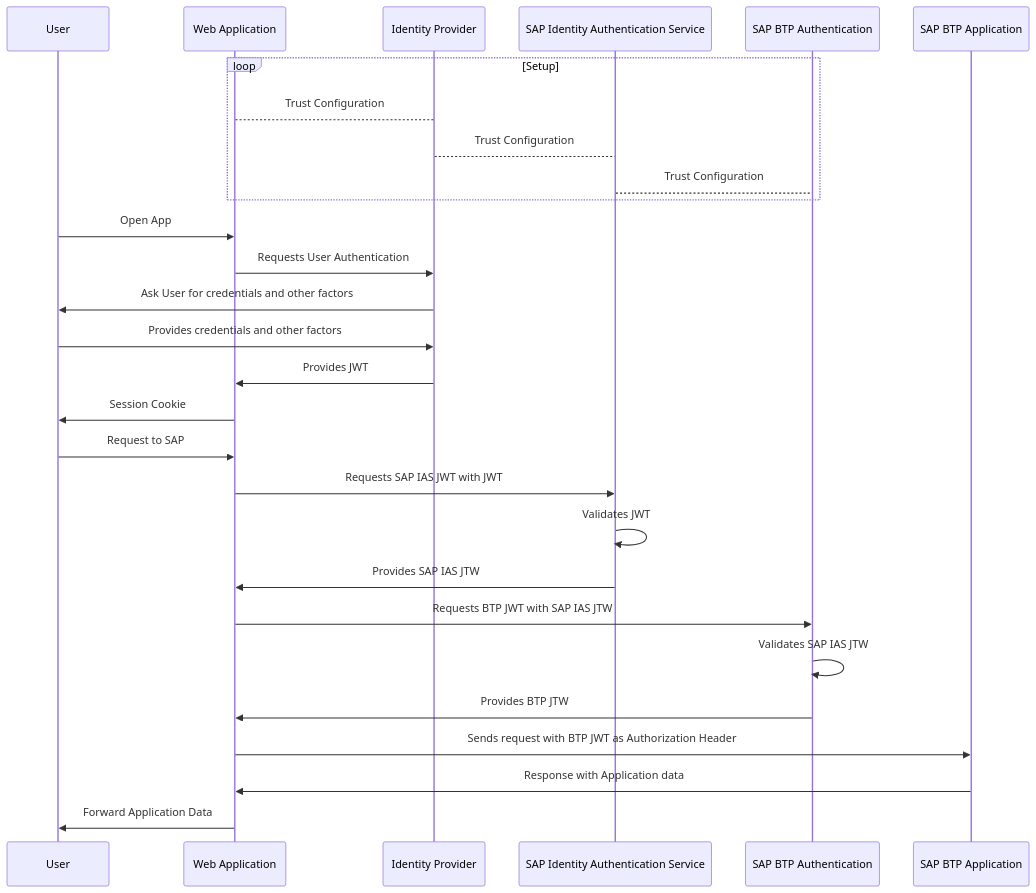
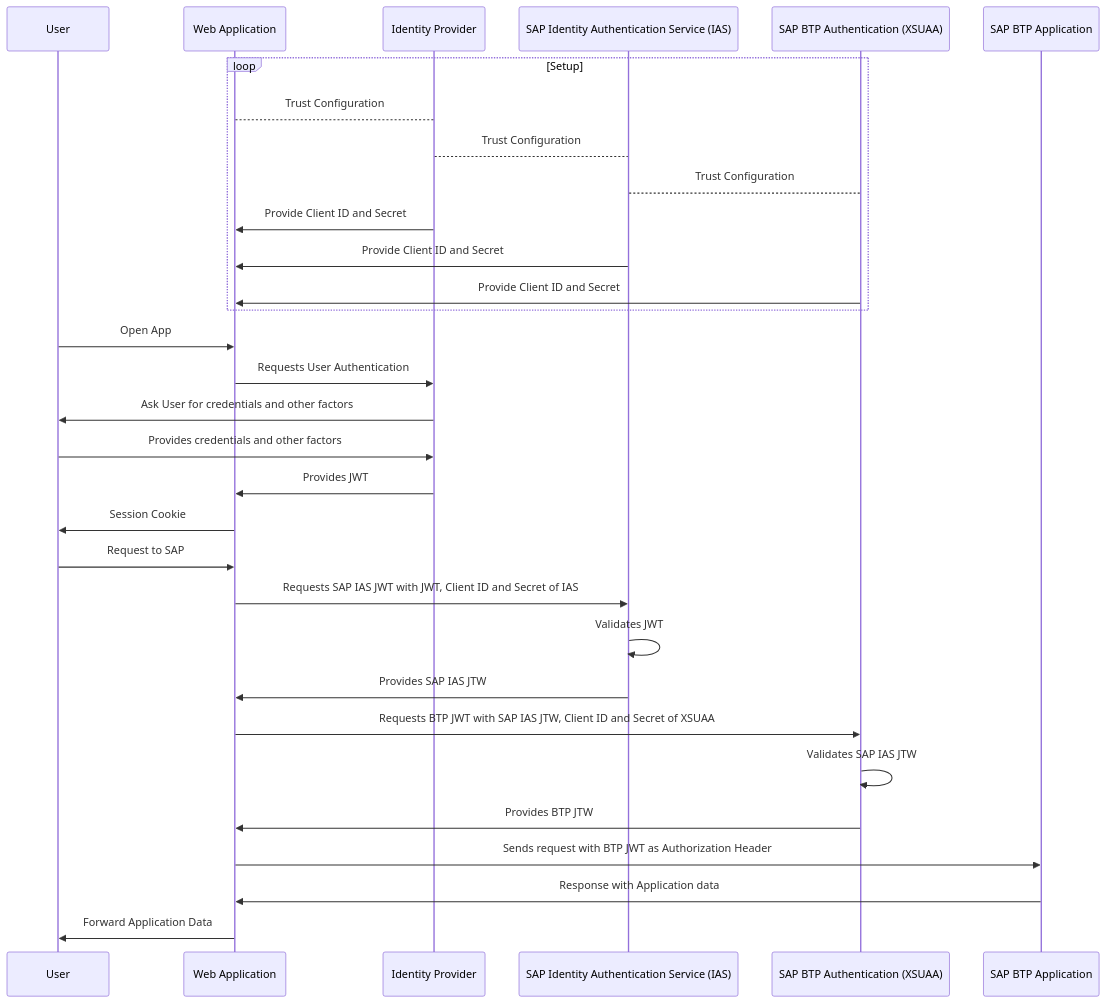
Before and after one commit to gregorwolf/cap-azure-ad-b2c: the diagram in test/entra-id-sap-ias-token-exchange.md, drawn with Mermaid.

Commit message:
add needed Client ID and Secret

````diff
--- a/test/entra-id-sap-ias-token-exchange.md
+++ b/test/entra-id-sap-ias-token-exchange.md
@@ -8,32 +8,35 @@
 ```mermaid
 sequenceDiagram
 %% participants
 participant User as User
 participant WebApp as Web Application
 participant IdP as Identity Provider
-participant SAPIAS as SAP Identity Authentication Service
-participant XSUAA as SAP BTP Authentication
+participant SAPIAS as SAP Identity Authentication Service (IAS)
+participant XSUAA as SAP BTP Authentication (XSUAA)
 participant BTPApp as SAP BTP Application
 %% arrows
 loop Setup
 WebApp-->IdP: Trust Configuration
 IdP-->SAPIAS: Trust Configuration
 SAPIAS-->XSUAA: Trust Configuration
+IdP->>WebApp: Provide Client ID and Secret
+SAPIAS->>WebApp: Provide Client ID and Secret
+XSUAA->>WebApp: Provide Client ID and Secret
 end
 User->>WebApp: Open App
 WebApp->>IdP: Requests User Authentication
 IdP->>User: Ask User for credentials and other factors
 User->>IdP: Provides credentials and other factors
 IdP->>WebApp: Provides JWT
 WebApp->>User: Session Cookie
 User->>WebApp: Request to SAP
-WebApp->>SAPIAS: Requests SAP IAS JWT with JWT
+WebApp->>SAPIAS: Requests SAP IAS JWT with JWT, Client ID and Secret of IAS
 SAPIAS->>SAPIAS: Validates JWT
 SAPIAS->>WebApp: Provides SAP IAS JTW
-WebApp->>XSUAA: Requests BTP JWT with SAP IAS JTW
+WebApp->>XSUAA: Requests BTP JWT with SAP IAS JTW, Client ID and Secret of XSUAA
 XSUAA->>XSUAA: Validates SAP IAS JTW
 XSUAA->>WebApp: Provides BTP JTW
 WebApp->>BTPApp: Sends request with BTP JWT as Authorization Header
 BTPApp->>WebApp: Response with Application data
 WebApp->>User: Forward Application Data
 ```
````
